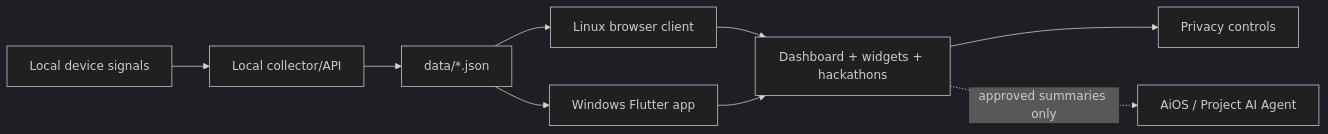
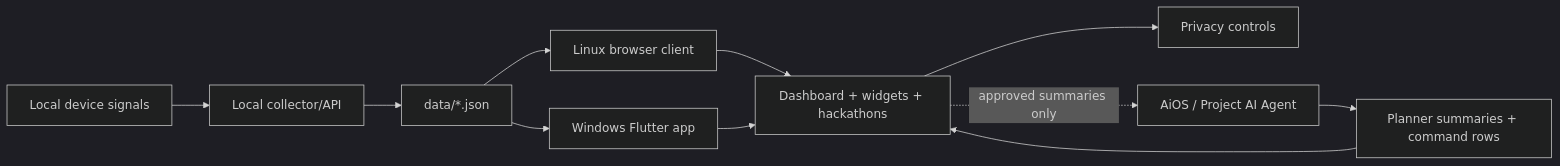
The diagram in README.md (AnuranjanJain/what-do-you-do), drawn with Mermaid (dark theme) before and after one commit. The commit also changed other lines of this file and 7 other files, not shown here.

````diff
--- a/README.md
+++ b/README.md
@@ -42,11 +48,13 @@
 ```mermaid
 flowchart LR
   signals["Local device signals"] --> collector["Local collector/API"]
   collector --> store["data/*.json"]
   store --> linux["Linux browser client"]
   store --> windows["Windows Flutter app"]
   linux --> dashboard["Dashboard + widgets + hackathons"]
   windows --> dashboard
   dashboard --> privacy["Privacy controls"]
   dashboard -. approved summaries only .-> aios["AiOS / Project AI Agent"]
+  aios --> planner["Planner summaries + command rows"]
+  planner --> dashboard
 ```
````
